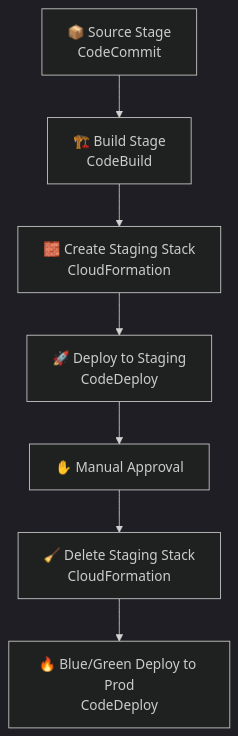
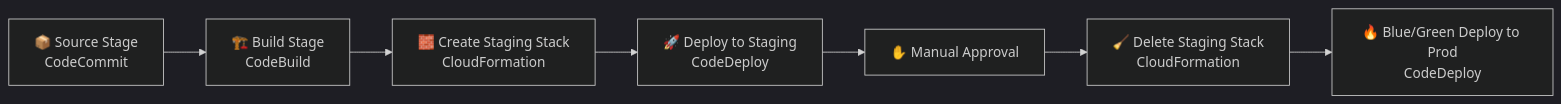
The second of 3 diagrams in aws-services/10.developer/2.3.code-deploy/7.integration-with-cfn.md (hadywafa/AwsHub), drawn with Mermaid (dark theme) before and after one commit. The commit also changed 29 other files, not shown here.

````diff
--- a/aws-services/10.developer/2.3.code-deploy/7.integration-with-cfn.md
+++ b/aws-services/10.developer/2.3.code-deploy/7.integration-with-cfn.md
@@ -71,12 +71,12 @@
 ```mermaid
-flowchart TD
+flowchart LR
     Source[📦 Source Stage<br>CodeCommit]
     Build[🏗️ Build Stage<br>CodeBuild]
     StagingCFN[🧱 Create Staging Stack<br>CloudFormation]
     StagingDeploy[🚀 Deploy to Staging<br>CodeDeploy]
     ManualApproval[✋ Manual Approval]
     DeleteStaging[🧹 Delete Staging Stack<br>CloudFormation]
     ProdDeploy[🔥 Blue/Green Deploy to Prod<br>CodeDeploy]
 
     Source --> Build --> StagingCFN --> StagingDeploy --> ManualApproval --> DeleteStaging --> ProdDeploy
 ```
````
